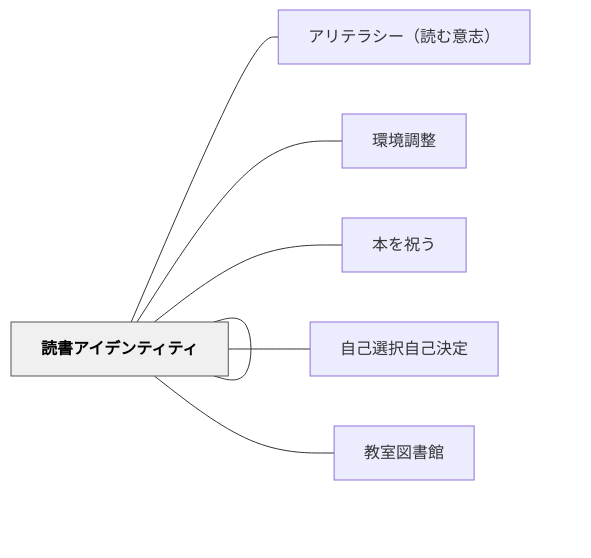
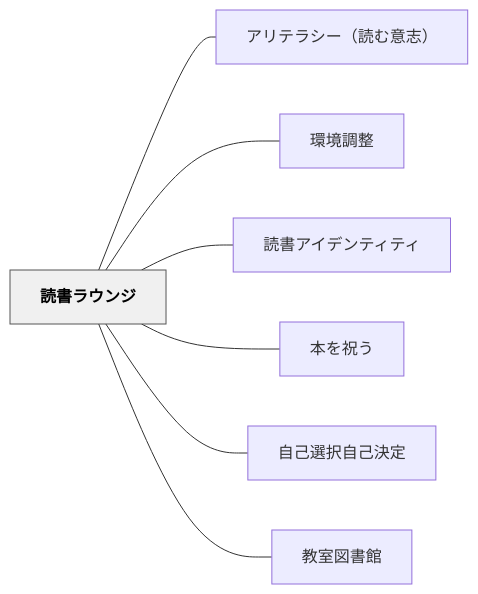
Before and after one commit to unknownthings-ed-patterns/unknownthings-ed-patterns: the diagram in content/パタン/読書ラウンジ.md, drawn with Mermaid. The commit also changed 527 other files, not shown here.

````diff
--- a/content/パタン/読書ラウンジ.md
+++ b/content/パタン/読書ラウンジ.md
@@ -135,20 +135,20 @@
 ```mermaid
 flowchart LR
-    ne8aaade69bb8["読書ラウンジ"]
-    ne382a2e383aa["アリテラシー（読む意志）"]
-    ne792b0e5a283["環境調整"]
-    ne8aaade69bb8["読書アイデンティティ"]
-    ne69cace38292["本を祝う"]
-    ne887aae5b7b1["自己選択自己決定"]
-    ne69599e5aea4["教室図書館"]
+    ne8aaade69bb8e383a9e382a6e383b3e382b8["読書ラウンジ"]
+    ne382a2e383aae38386e383a9e382b7e383bcefbc88e8aaade38280e6848fe5bf97efbc89["アリテラシー（読む意志）"]
+    ne792b0e5a283e8aabfe695b4["環境調整"]
+    ne8aaade69bb8e382a2e382a4e38387e383b3e38386e382a3e38386e382a3["読書アイデンティティ"]
+    ne69cace38292e7a59de38186["本を祝う"]
+    ne887aae5b7b1e981b8e68a9ee887aae5b7b1e6b1bae5ae9a["自己選択自己決定"]
+    ne69599e5aea4e59bb3e69bb8e9a4a8["教室図書館"]
 
-    ne8aaade69bb8 --- ne382a2e383aa
-    ne8aaade69bb8 --- ne792b0e5a283
-    ne8aaade69bb8 --- ne8aaade69bb8
-    ne8aaade69bb8 --- ne69cace38292
-    ne8aaade69bb8 --- ne887aae5b7b1
-    ne8aaade69bb8 --- ne69599e5aea4
+    ne8aaade69bb8e383a9e382a6e383b3e382b8 --- ne382a2e383aae38386e383a9e382b7e383bcefbc88e8aaade38280e6848fe5bf97efbc89
+    ne8aaade69bb8e383a9e382a6e383b3e382b8 --- ne792b0e5a283e8aabfe695b4
+    ne8aaade69bb8e383a9e382a6e383b3e382b8 --- ne8aaade69bb8e382a2e382a4e38387e383b3e38386e382a3e38386e382a3
+    ne8aaade69bb8e383a9e382a6e383b3e382b8 --- ne69cace38292e7a59de38186
+    ne8aaade69bb8e383a9e382a6e383b3e382b8 --- ne887aae5b7b1e981b8e68a9ee887aae5b7b1e6b1bae5ae9a
+    ne8aaade69bb8e383a9e382a6e383b3e382b8 --- ne69599e5aea4e59bb3e69bb8e9a4a8
 
     classDef hub fill:#f0f0f0,stroke:#555,color:#000,font-weight:bold
-    class ne8aaade69bb8 hub
+    class ne8aaade69bb8e383a9e382a6e383b3e382b8 hub
 ```
````
